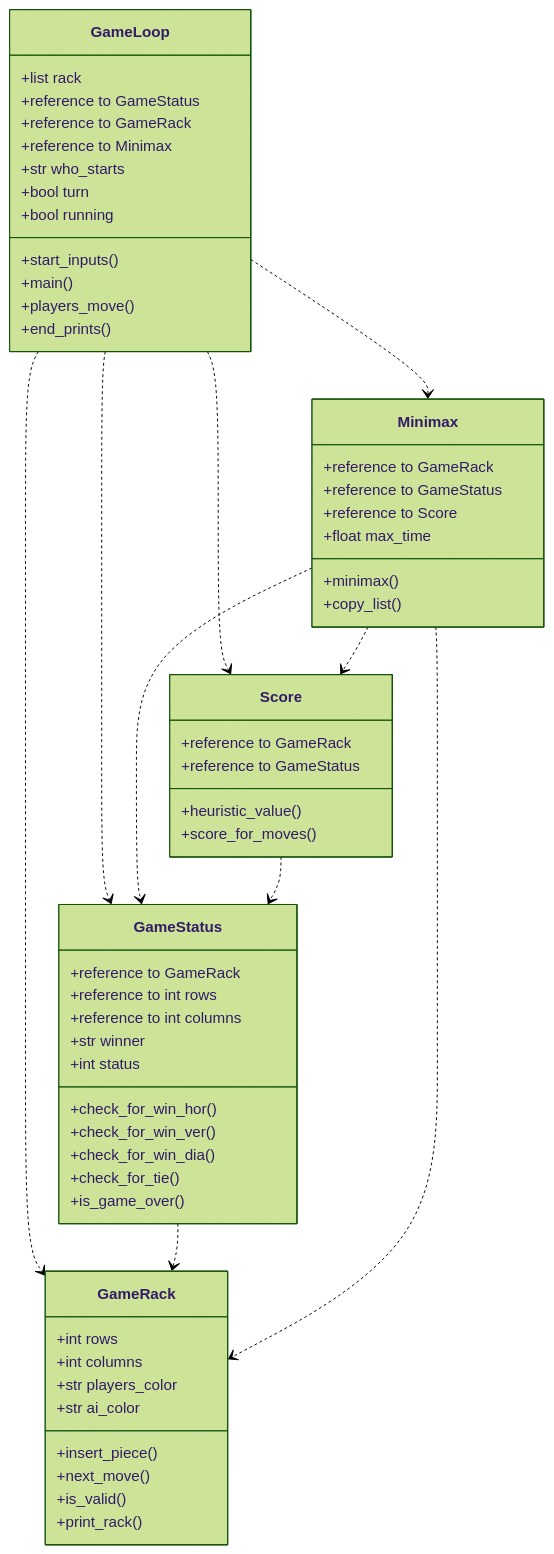
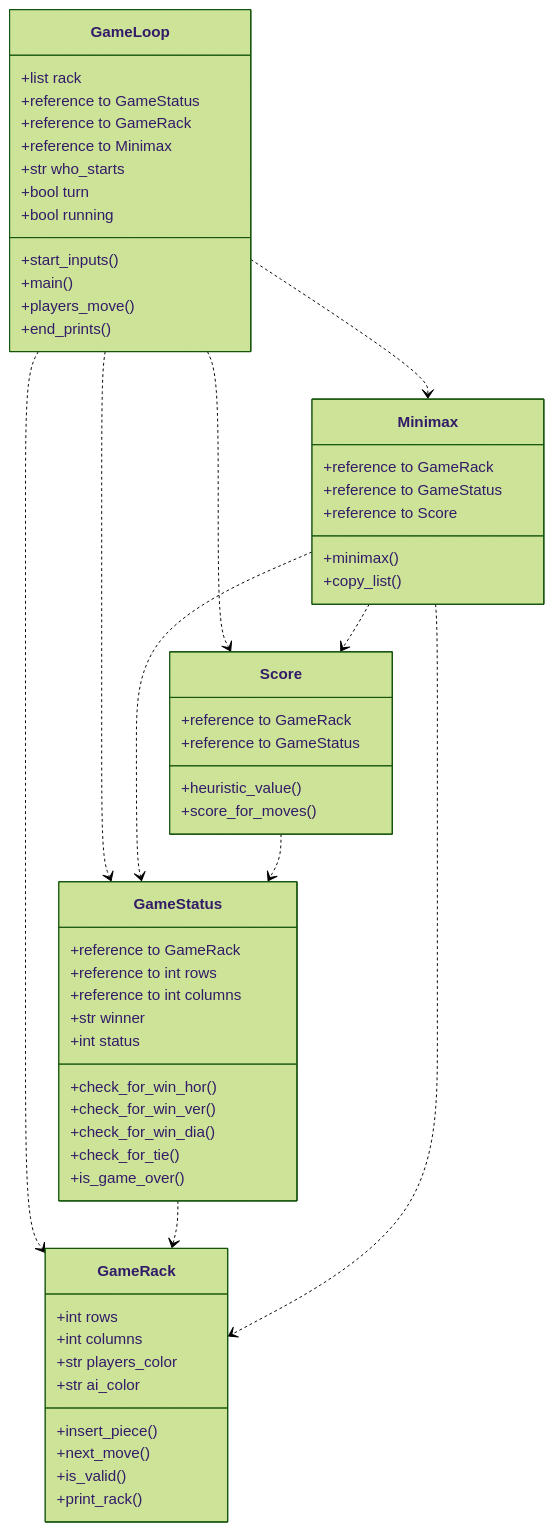
The first of 2 diagrams in documentation/implementation.md (lottapispa/Connect-Four-tiralabra), drawn with Mermaid (forest theme) before and after one commit. The commit also changed other lines of this file, not shown here.

````diff
--- a/documentation/implementation.md
+++ b/documentation/implementation.md
@@ -5,61 +5,60 @@
 ```mermaid
 classDiagram
     GameLoop ..> GameStatus
     GameLoop ..> GameRack
     GameLoop ..> Minimax
     GameLoop ..> Score
     GameStatus ..> GameRack
     Minimax ..> GameStatus
     Minimax ..> GameRack
     Minimax ..> Score
     Score ..> GameStatus
     class GameLoop{
         +list rack
         +reference to GameStatus
         +reference to GameRack
         +reference to Minimax
         +str who_starts
         +bool turn
         +bool running
         +start_inputs()
         +main()
         +players_move()
         +end_prints()
     }
     class GameStatus{
         +reference to GameRack
         +reference to int rows
         +reference to int columns
         +str winner
         +int status
         +check_for_win_hor()
         +check_for_win_ver()
         +check_for_win_dia()
         +check_for_tie()
         +is_game_over()
     }
     class GameRack{
         +int rows
         +int columns
         +str players_color
         +str ai_color
         +insert_piece()
         +next_move()
         +is_valid()
         +print_rack()
     }
     class Minimax{
         +reference to GameRack
         +reference to GameStatus
         +reference to Score
-        +float max_time
         +minimax()
         +copy_list()
     }
     class Score{
         +reference to GameRack
         +reference to GameStatus
         +heuristic_value()
         +score_for_moves()
     }
 ```
````
